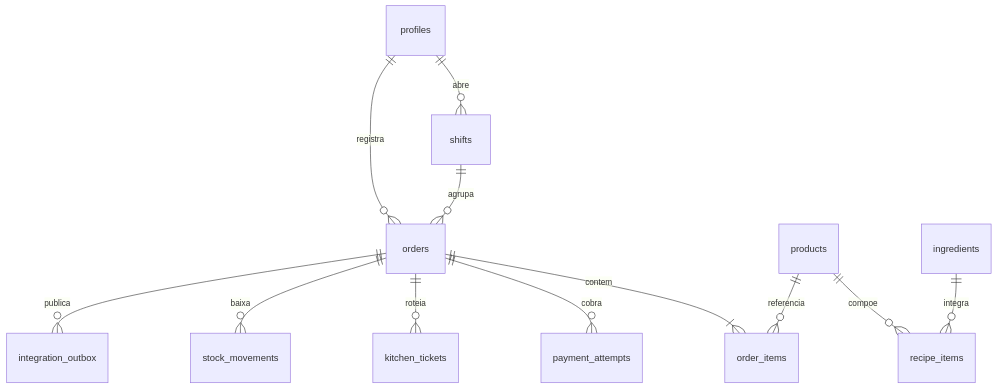
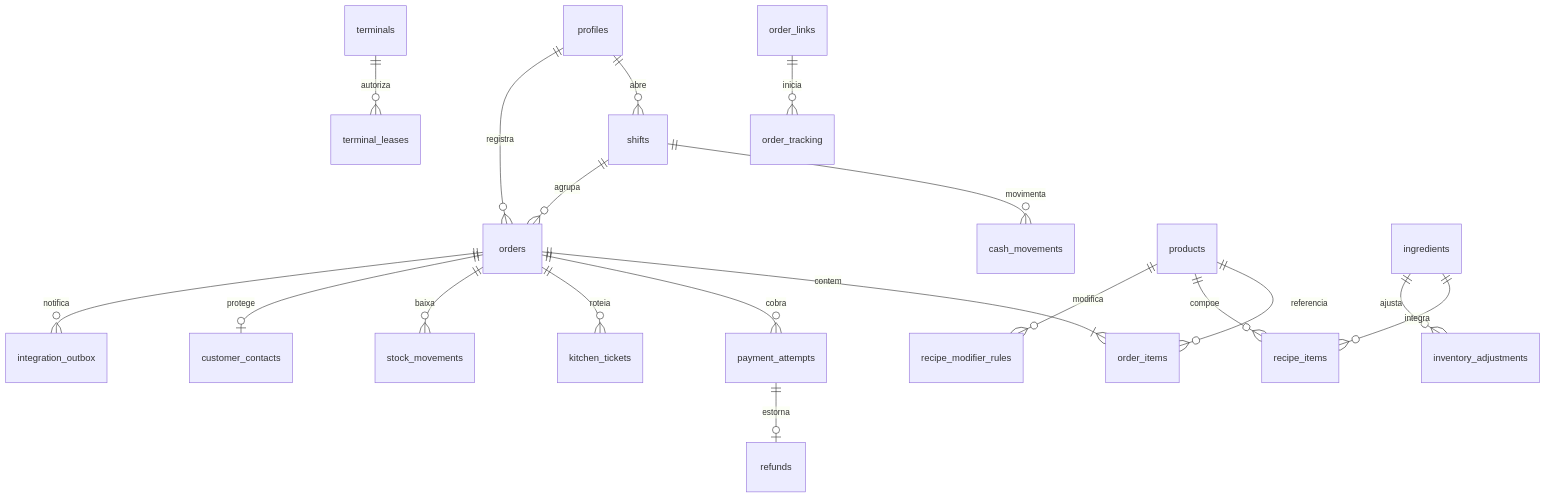
Before and after one commit to Pedro-Lucas001/gestao-pvd: the second of 2 diagrams in docs/architecture.md, drawn with Mermaid. The commit also changed other lines of this file and 85 other files, not shown here.

````diff
--- a/docs/architecture.md
+++ b/docs/architecture.md
@@ -28,14 +38,21 @@
 ```mermaid
 erDiagram
-  profiles ||--o{ shifts : abre
-  profiles ||--o{ orders : registra
-  shifts ||--o{ orders : agrupa
-  orders ||--|{ order_items : contem
-  products ||--o{ order_items : referencia
-  products ||--o{ recipe_items : compoe
-  ingredients ||--o{ recipe_items : integra
-  orders ||--o{ payment_attempts : cobra
-  orders ||--o{ kitchen_tickets : roteia
-  orders ||--o{ stock_movements : baixa
-  orders ||--o{ integration_outbox : publica
+ profiles ||--o{ shifts : abre
+ profiles ||--o{ orders : registra
+ terminals ||--o{ terminal_leases : autoriza
+ shifts ||--o{ cash_movements : movimenta
+ shifts ||--o{ orders : agrupa
+ orders ||--|{ order_items : contem
+ products ||--o{ order_items : referencia
+ products ||--o{ recipe_items : compoe
+ products ||--o{ recipe_modifier_rules : modifica
+ ingredients ||--o{ recipe_items : integra
+ ingredients ||--o{ inventory_adjustments : ajusta
+ orders ||--o{ payment_attempts : cobra
+ payment_attempts ||--o| refunds : estorna
+ orders ||--o{ kitchen_tickets : roteia
+ orders ||--o{ stock_movements : baixa
+ orders ||--o| customer_contacts : protege
+ order_links ||--o{ order_tracking : inicia
+ orders ||--o{ integration_outbox : notifica
 ```
````
